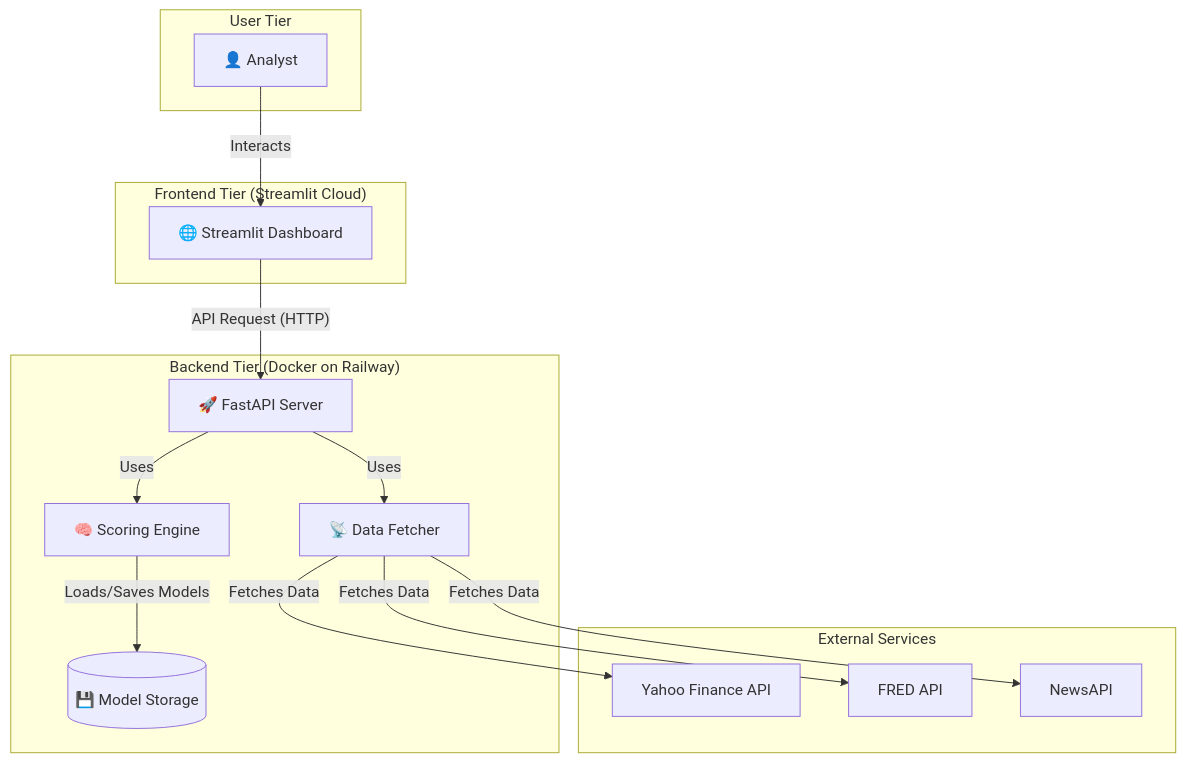
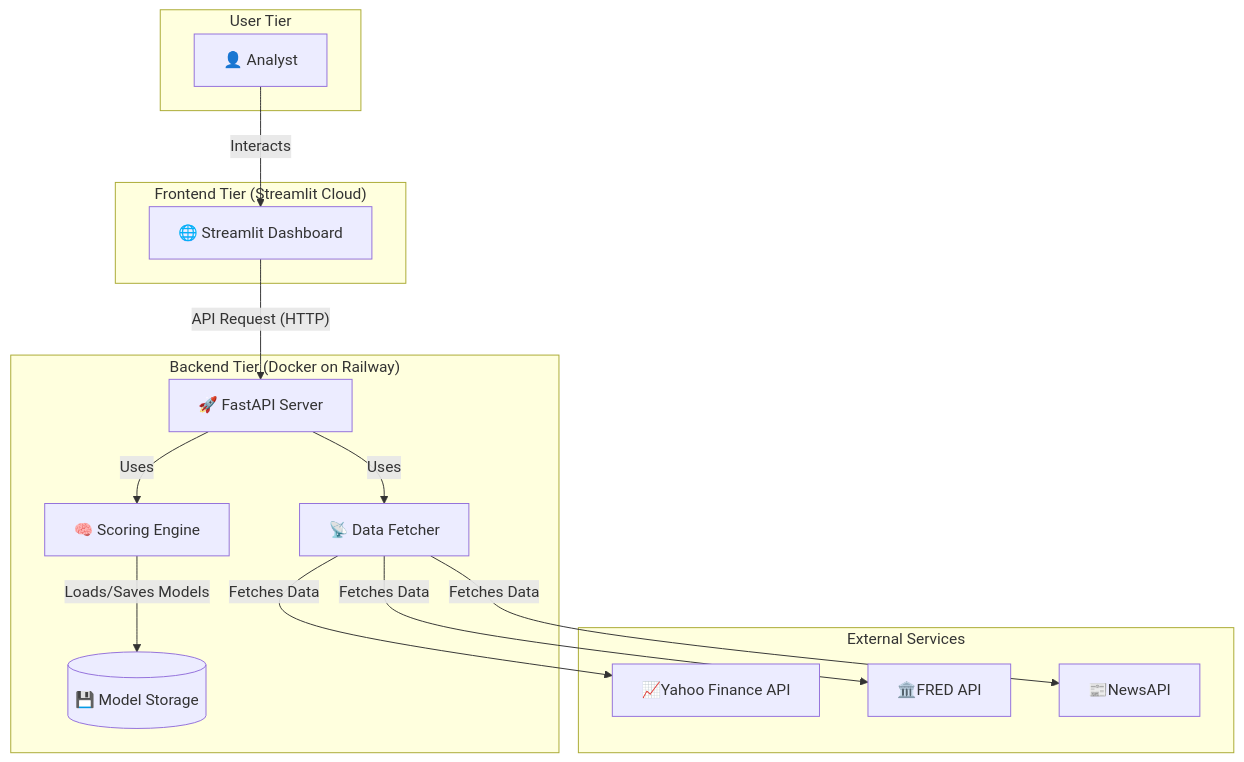
Before and after one commit to HarshitKumawat09/Credit-Intelligence-Platform: the first of 2 diagrams in README.md, drawn with Mermaid. The commit also changed other lines of this file, not shown here.

````diff
--- a/README.md
+++ b/README.md
@@ -70,32 +70,32 @@
 ```mermaid
 graph TD
     subgraph "User Tier"
         User[👤 Analyst]
     end
 
     subgraph "Frontend Tier (Streamlit Cloud)"
         Frontend[🌐 Streamlit Dashboard]
     end
 
     subgraph "Backend Tier (Docker on Railway)"
         BackendAPI[🚀 FastAPI Server]
         ScoringEngine[🧠 Scoring Engine]
         DataFetcher[📡 Data Fetcher]
         ModelStore[(💾 Model Storage)]
     end
 
     subgraph "External Services"
-        YFinanceAPI[Yahoo Finance API]
-        FRED_API[FRED API]
-        NewsAPI[NewsAPI]
+        YFinanceAPI[📈Yahoo Finance API]
+        FRED_API[🏛️FRED API]
+        NewsAPI[📰NewsAPI]
     end
 
     User -- "Interacts" --> Frontend
     Frontend -- "API Request (HTTP)" --> BackendAPI
     BackendAPI -- "Uses" --> DataFetcher
     BackendAPI -- "Uses" --> ScoringEngine
     ScoringEngine -- "Loads/Saves Models" --> ModelStore
     DataFetcher -- "Fetches Data" --> YFinanceAPI
     DataFetcher -- "Fetches Data" --> FRED_API
     DataFetcher -- "Fetches Data" --> NewsAPI
 ```
````
